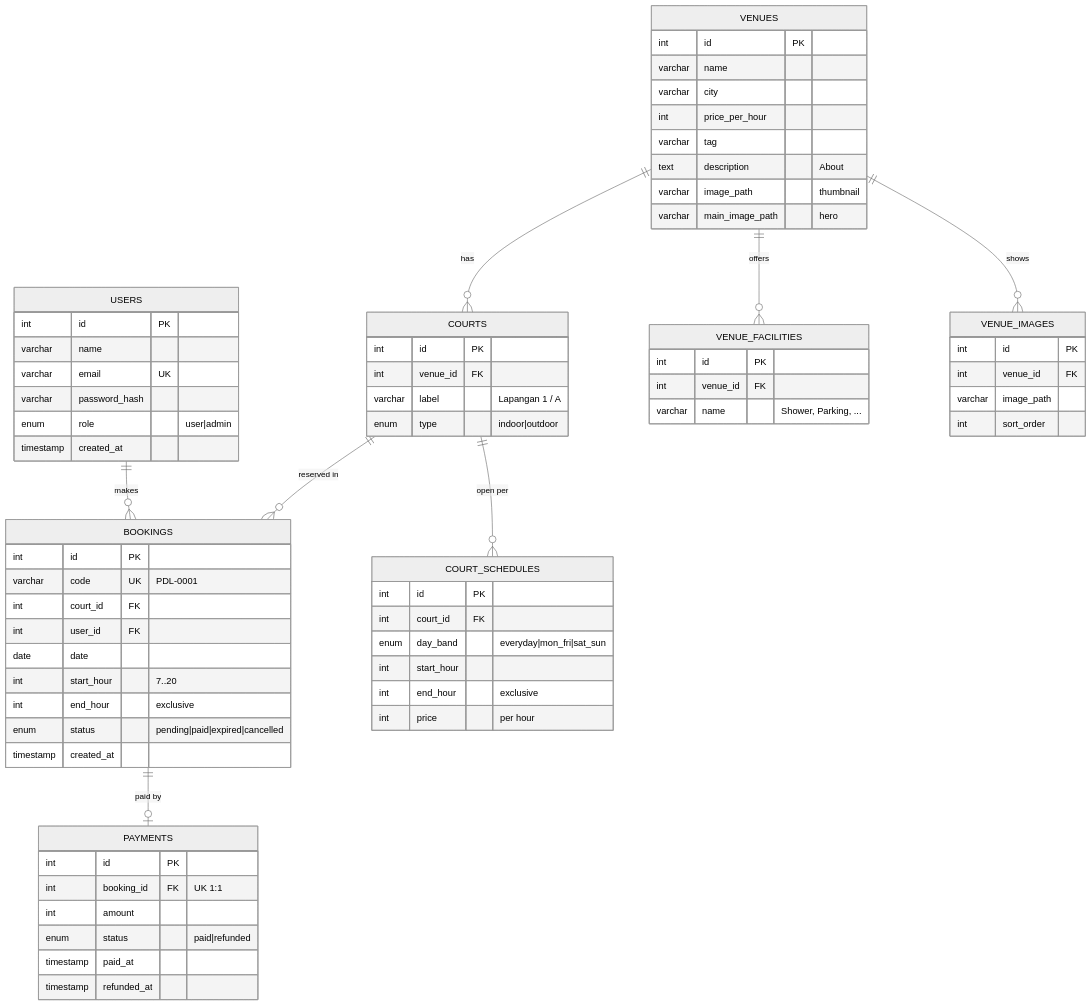
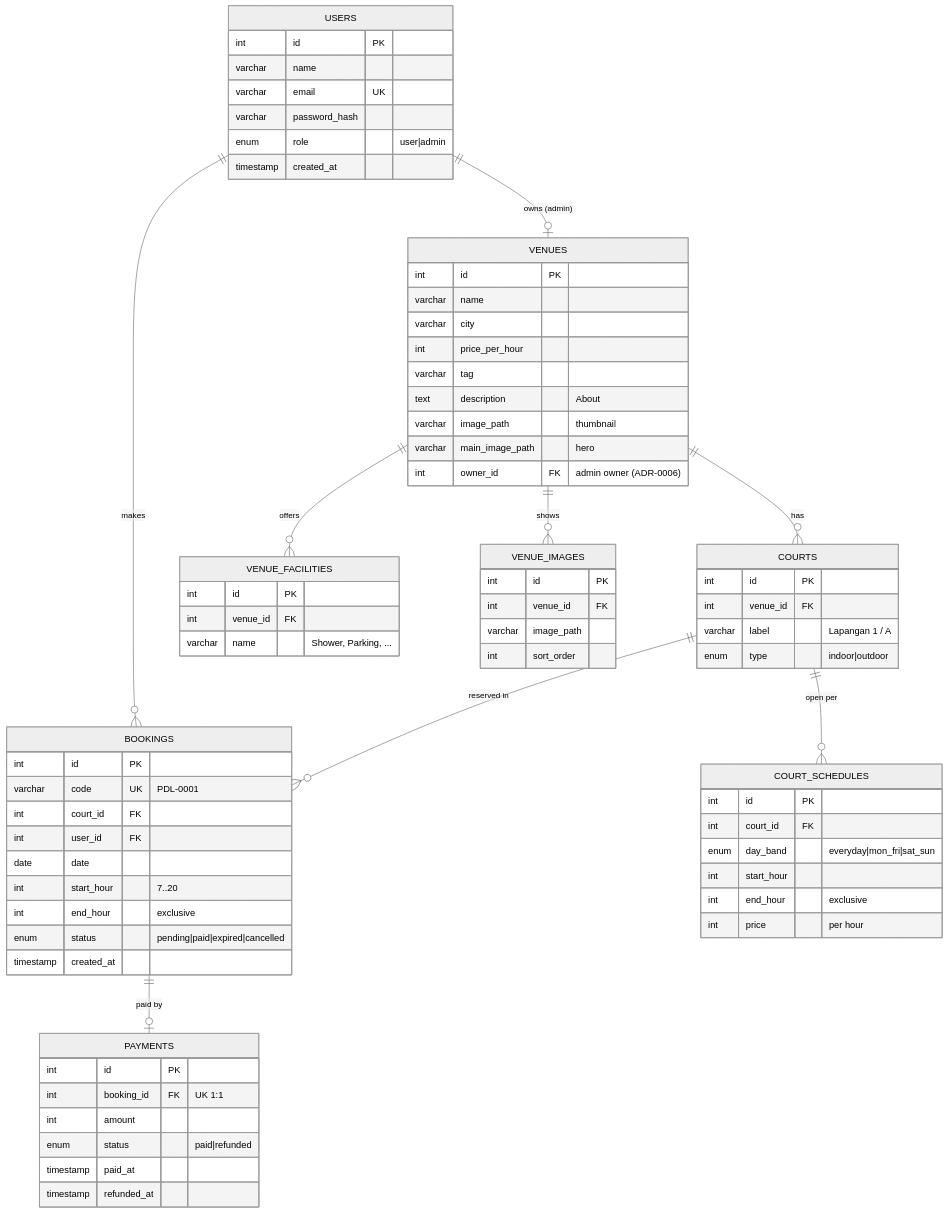
One commit to eycoo/padelkuy-web changed the diagram in docs/erd.mmd. Above: the diagram before and after it, drawn with Mermaid (neutral theme). The commit also changed 26 other files, not shown here.

First line of the commit message:
feat(admin): per-venue admin ownership model (ADR-0006)

```diff
--- a/docs/erd.mmd
+++ b/docs/erd.mmd
@@ -1,78 +1,80 @@
 erDiagram
     USERS ||--o{ BOOKINGS : "makes"
+    USERS ||--o| VENUES : "owns (admin)"
     VENUES ||--o{ COURTS : "has"
     VENUES ||--o{ VENUE_FACILITIES : "offers"
     VENUES ||--o{ VENUE_IMAGES : "shows"
     COURTS ||--o{ COURT_SCHEDULES : "open per"
     COURTS ||--o{ BOOKINGS : "reserved in"
     BOOKINGS ||--o| PAYMENTS : "paid by"
 
     USERS {
         int id PK
         varchar name
         varchar email UK
         varchar password_hash
         enum role "user|admin"
         timestamp created_at
     }
 
     VENUES {
         int id PK
         varchar name
         varchar city
         int price_per_hour
         varchar tag
         text description "About"
         varchar image_path "thumbnail"
         varchar main_image_path "hero"
+        int owner_id FK "admin owner (ADR-0006)"
     }
 
     VENUE_FACILITIES {
         int id PK
         int venue_id FK
         varchar name "Shower, Parking, ..."
     }
 
     VENUE_IMAGES {
         int id PK
         int venue_id FK
         varchar image_path
         int sort_order
     }
 
     COURTS {
         int id PK
         int venue_id FK
         varchar label "Lapangan 1 / A"
         enum type "indoor|outdoor"
     }
 
     COURT_SCHEDULES {
         int id PK
         int court_id FK
         enum day_band "everyday|mon_fri|sat_sun"
         int start_hour
         int end_hour "exclusive"
         int price "per hour"
     }
 
     BOOKINGS {
         int id PK
         varchar code UK "PDL-0001"
         int court_id FK
         int user_id FK
         date date
         int start_hour "7..20"
         int end_hour "exclusive"
         enum status "pending|paid|expired|cancelled"
         timestamp created_at
     }
 
     PAYMENTS {
         int id PK
         int booking_id FK "UK 1:1"
         int amount
         enum status "paid|refunded"
         timestamp paid_at
         timestamp refunded_at
     }
```
